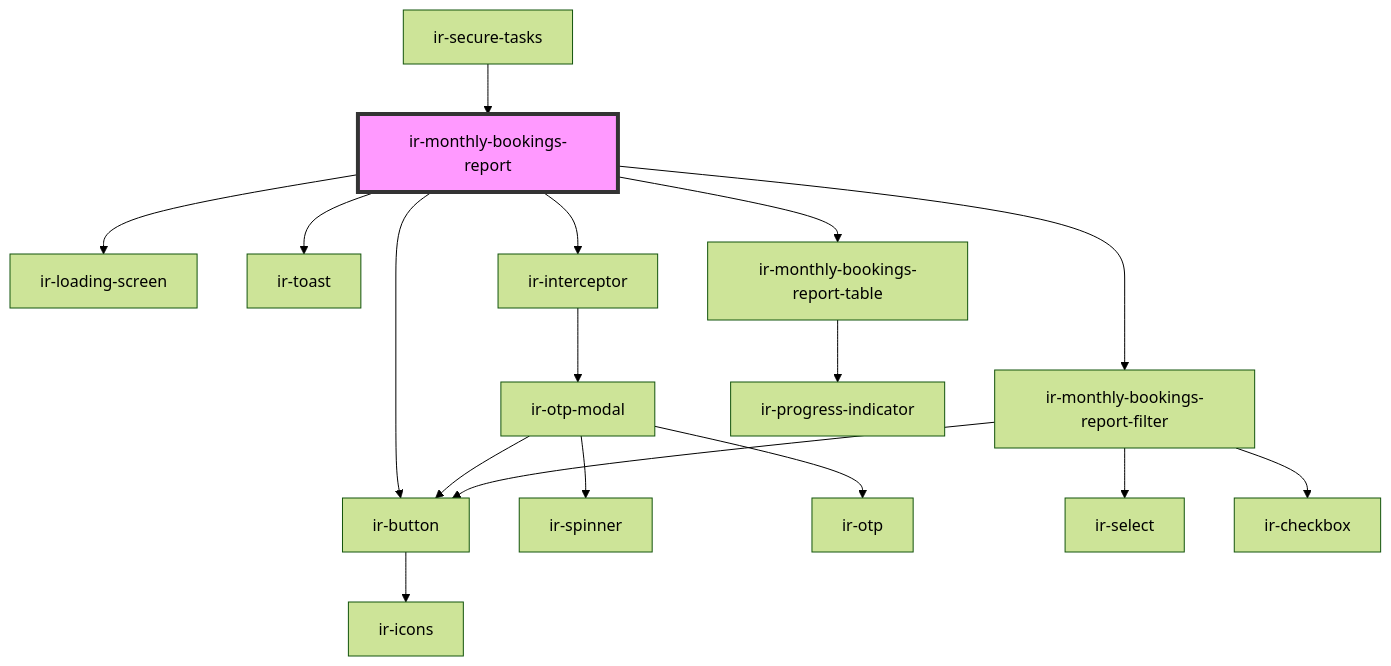
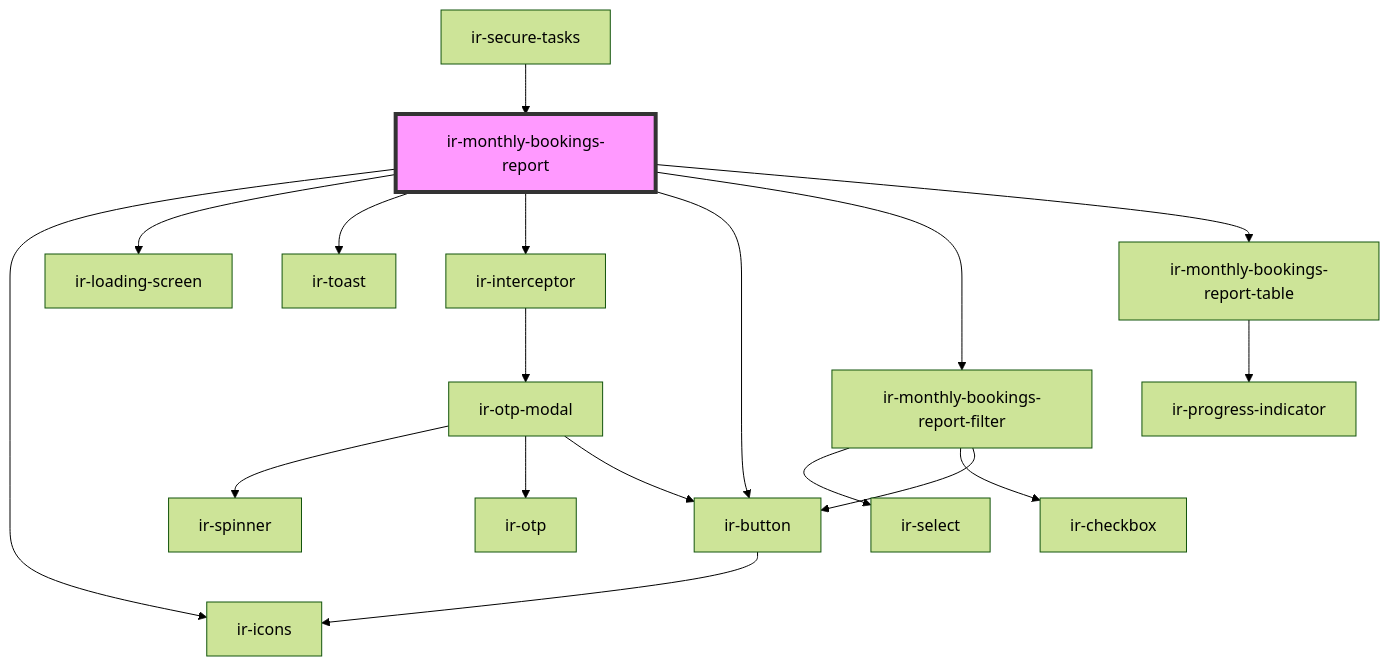
Before and after one commit to RonyRizk/ir-webcmp: the diagram in src/components/ir-monthly-bookings-report/readme.md, drawn with Mermaid (forest theme). The commit also changed other lines of this file and 12 other files, not shown here.

````diff
--- a/src/components/ir-monthly-bookings-report/readme.md
+++ b/src/components/ir-monthly-bookings-report/readme.md
@@ -34,20 +35,21 @@
 ```mermaid
 graph TD;
+  ir-monthly-bookings-report --> ir-icons
   ir-monthly-bookings-report --> ir-loading-screen
   ir-monthly-bookings-report --> ir-toast
   ir-monthly-bookings-report --> ir-interceptor
   ir-monthly-bookings-report --> ir-button
   ir-monthly-bookings-report --> ir-monthly-bookings-report-filter
   ir-monthly-bookings-report --> ir-monthly-bookings-report-table
   ir-interceptor --> ir-otp-modal
   ir-otp-modal --> ir-spinner
   ir-otp-modal --> ir-otp
   ir-otp-modal --> ir-button
   ir-button --> ir-icons
   ir-monthly-bookings-report-filter --> ir-select
   ir-monthly-bookings-report-filter --> ir-checkbox
   ir-monthly-bookings-report-filter --> ir-button
   ir-monthly-bookings-report-table --> ir-progress-indicator
   ir-secure-tasks --> ir-monthly-bookings-report
   style ir-monthly-bookings-report fill:#f9f,stroke:#333,stroke-width:4px
 ```
````
